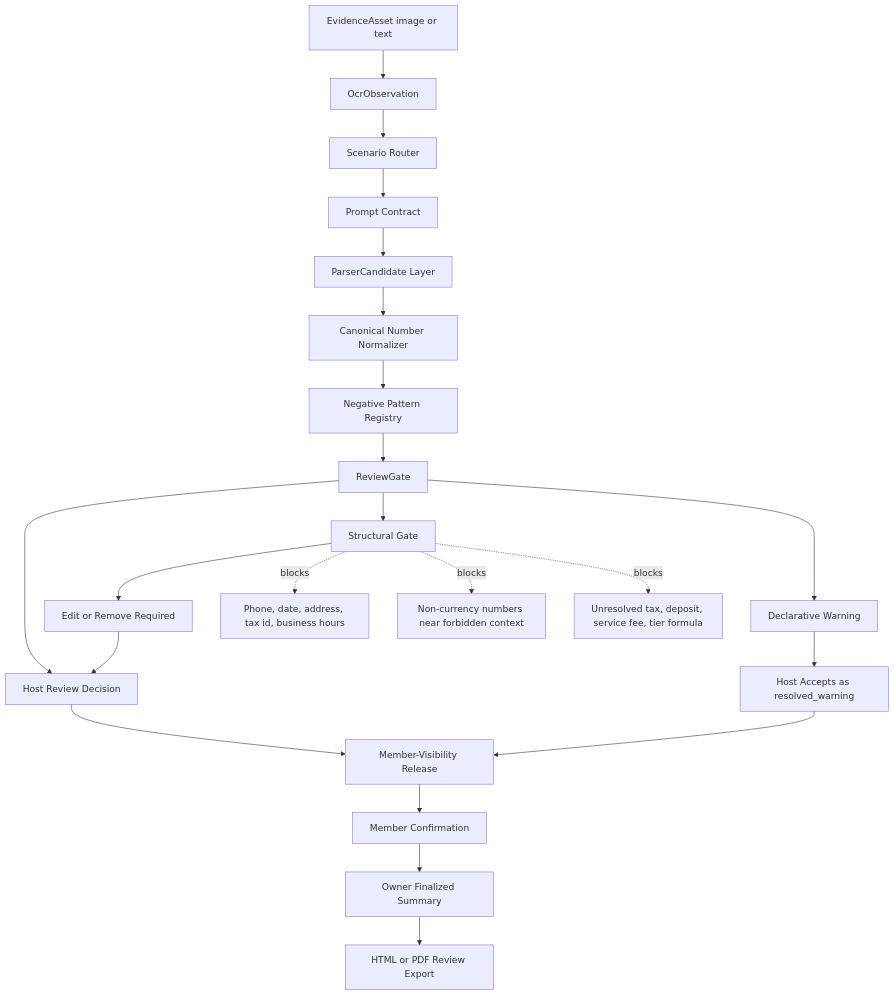
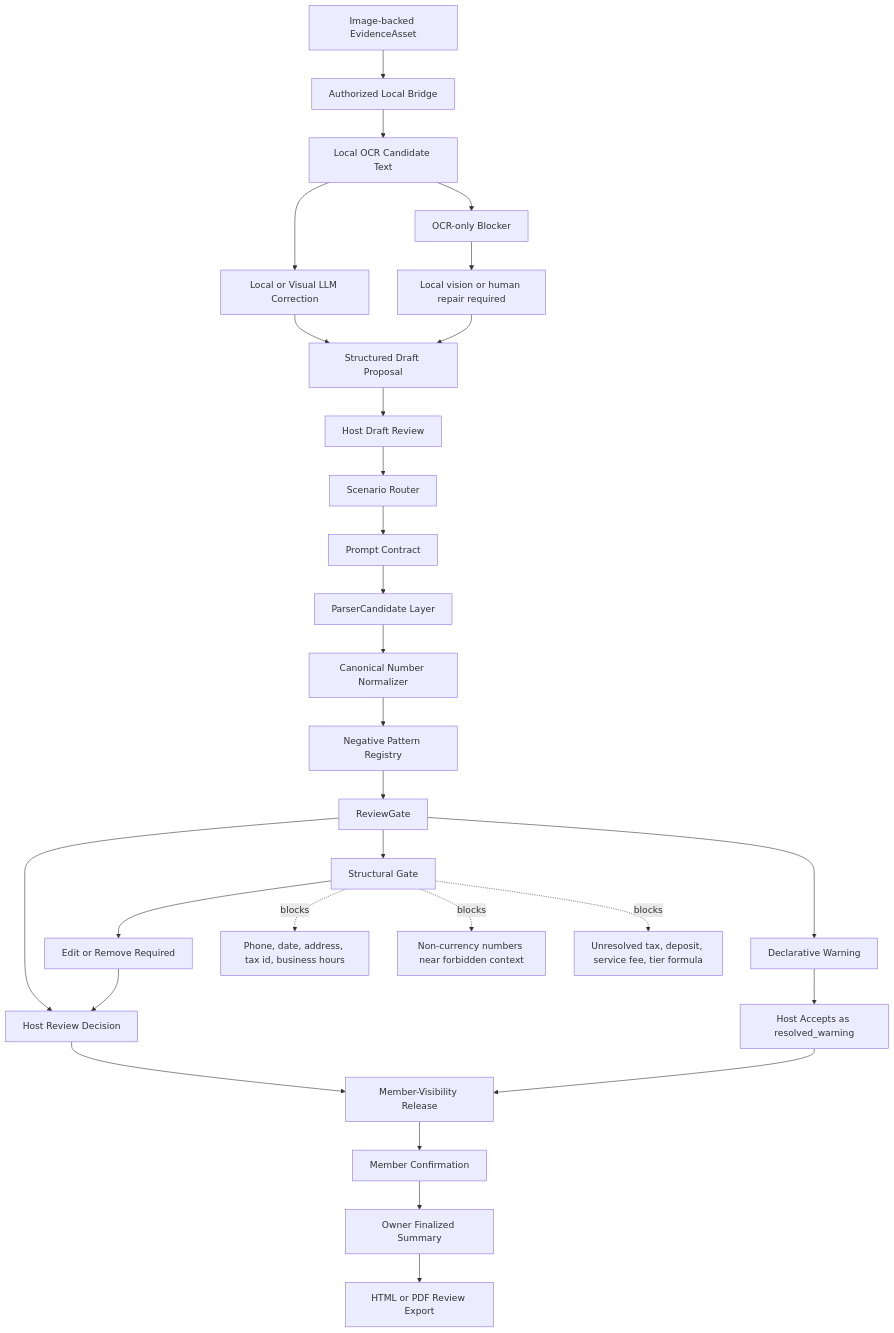
One commit to jiarong0423/shared-room-mcp changed the second of 2 diagrams in docs/architecture/ADAPTIVE_CONTRACT_MCP.md. Above: the diagram before and after it, drawn with Mermaid. The commit also changed other lines of this file and 12 other files, not shown here.

Commit message:
Align local review bridge flow

````diff
--- a/docs/architecture/ADAPTIVE_CONTRACT_MCP.md
+++ b/docs/architecture/ADAPTIVE_CONTRACT_MCP.md
@@ -52,27 +60,35 @@
 ```mermaid
 flowchart TD
-  L0[EvidenceAsset image or text] --> L1[OcrObservation]
+  L0[Image-backed EvidenceAsset] --> B0[Authorized Local Bridge]
+  B0 --> B1[Local OCR Candidate Text]
+  B1 --> B2[Local or Visual LLM Correction]
+  B2 --> B3[Structured Draft Proposal]
+  B3 --> L1[Host Draft Review]
   L1 --> L2[Scenario Router]
   L2 --> L3[Prompt Contract]
   L3 --> L4[ParserCandidate Layer]
   L4 --> L5[Canonical Number Normalizer]
   L5 --> L6[Negative Pattern Registry]
   L6 --> L7[ReviewGate]
   L7 --> L8[Host Review Decision]
   L8 --> L9[Member-Visibility Release]
   L9 --> L10[Member Confirmation]
   L10 --> L11[Owner Finalized Summary]
   L11 --> L12[HTML or PDF Review Export]
 
   L7 --> W[Declarative Warning]
   W --> RW[Host Accepts as resolved_warning]
   RW --> L9
 
+  B1 --> OB[OCR-only Blocker]
+  OB --> HR[Local vision or human repair required]
+  HR --> B3
+
   L7 --> S[Structural Gate]
   S --> ER[Edit or Remove Required]
   ER --> L8
 
-  S -. blocks .-> B1[Phone, date, address, tax id, business hours]
-  S -. blocks .-> B2[Non-currency numbers near forbidden context]
-  S -. blocks .-> B3[Unresolved tax, deposit, service fee, tier formula]
+  S -. blocks .-> RISK[Phone, date, address, tax id, business hours]
+  S -. blocks .-> RISK_NON_CURRENCY[Non-currency numbers near forbidden context]
+  S -. blocks .-> RISK_FORMULA[Unresolved tax, deposit, service fee, tier formula]
 ```
````
